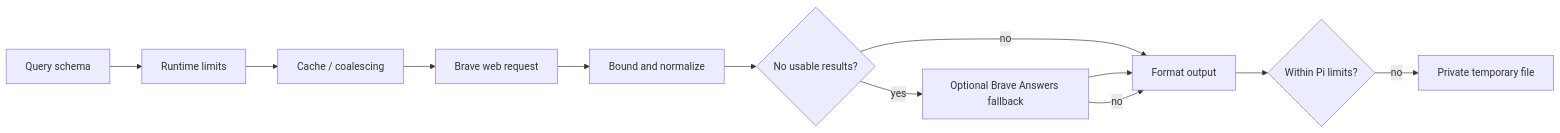
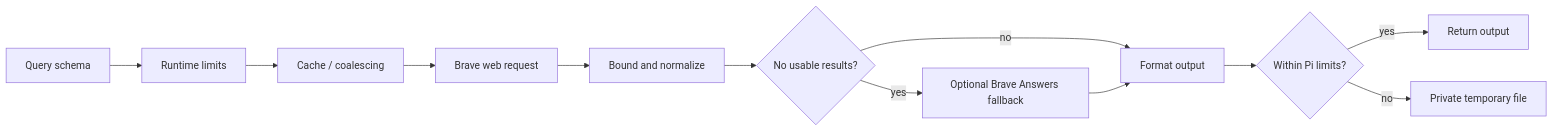
One commit to zeldrisho/pi-packages changed the second of 2 diagrams in docs/architecture.md. Above: the diagram before and after it, drawn with Mermaid. The commit also changed other lines of this file and 13 other files, not shown here.

````diff
--- a/docs/architecture.md
+++ b/docs/architecture.md
@@ -41,12 +37,12 @@
 ```mermaid
 flowchart LR
   A[Query schema] --> B[Runtime limits] --> C[Cache / coalescing]
   C --> D[Brave web request] --> E[Bound and normalize]
   E --> F{No usable results?}
   F -- yes --> G[Optional Brave Answers fallback]
   F -- no --> H[Format output]
   G --> H
   H --> I{Within Pi limits?}
-  G -- no --> H[Format output]
+  I -- yes --> K[Return output]
   I -- no --> J[Private temporary file]
 ```
````
